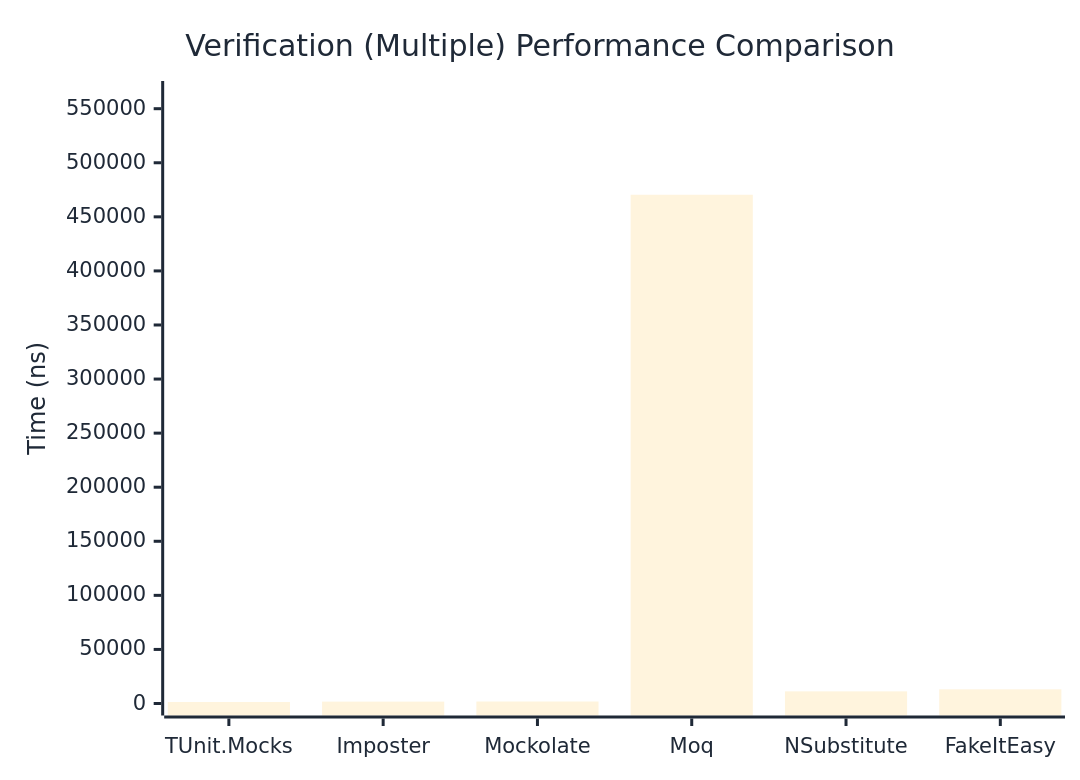
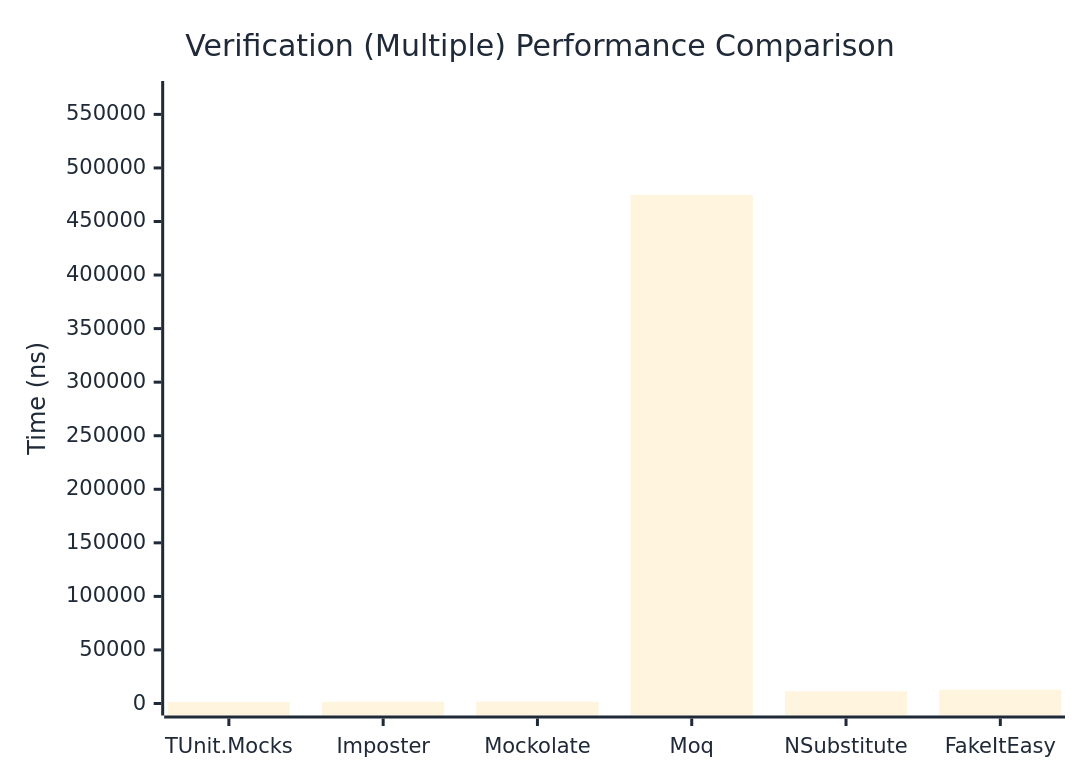
The third of 3 diagrams in docs/docs/benchmarks/mocks/Verification.md (thomhurst/TUnit), drawn with Mermaid before and after one commit. The commit also changed other lines of this file and 14 other files, not shown here.

````diff
--- a/docs/docs/benchmarks/mocks/Verification.md
+++ b/docs/docs/benchmarks/mocks/Verification.md
@@ -110,27 +110,27 @@
 ```mermaid
 %%{init: {
   'theme':'base',
   'themeVariables': {
     'primaryColor': '#2563eb',
     'primaryTextColor': '#1f2937',
     'primaryBorderColor': '#1e40af',
     'lineColor': '#6b7280',
     'secondaryColor': '#7c3aed',
     'tertiaryColor': '#dc2626',
     'background': '#ffffff',
     'pie1': '#2563eb',
     'pie2': '#7c3aed',
     'pie3': '#dc2626',
     'pie4': '#f59e0b',
     'pie5': '#10b981',
     'pie6': '#06b6d4',
     'pie7': '#ec4899',
     'pie8': '#6366f1'
   }
 }}%%
 xychart-beta
   title "Verification (Multiple) Performance Comparison"
   x-axis ["TUnit.Mocks", "Imposter", "Mockolate", "Moq", "NSubstitute", "FakeItEasy"]
-  y-axis "Time (ns)" 0 --> 564512
-  bar [1404.99, 1737.98, 1843.17, 470425.9, 11217.46, 13106.85]
+  y-axis "Time (ns)" 0 --> 569960
+  bar [1266.34, 1699.14, 1745.51, 474966.08, 11332.58, 12907.29]
 ```
````
